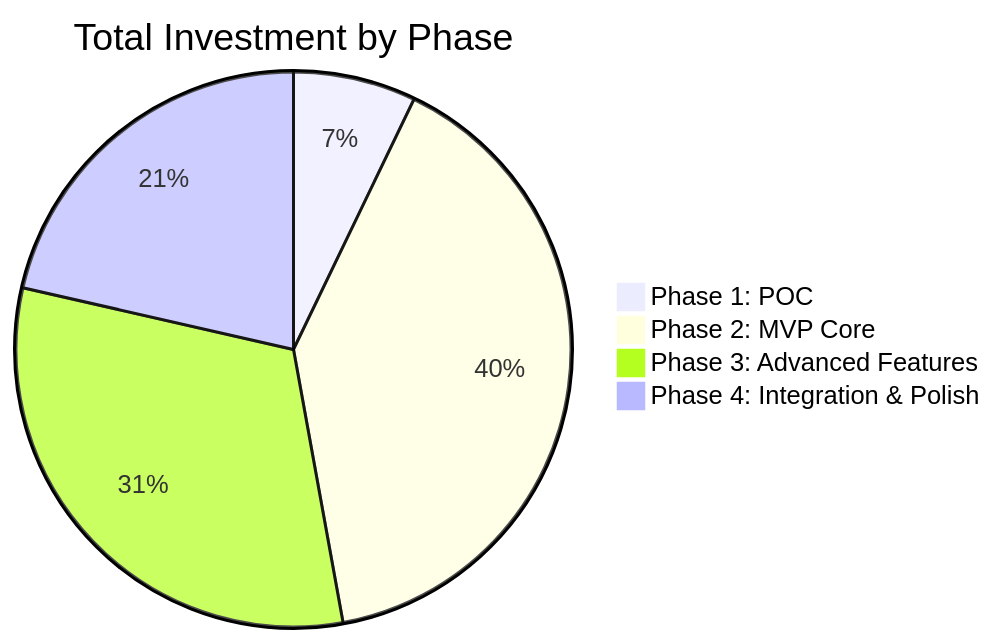
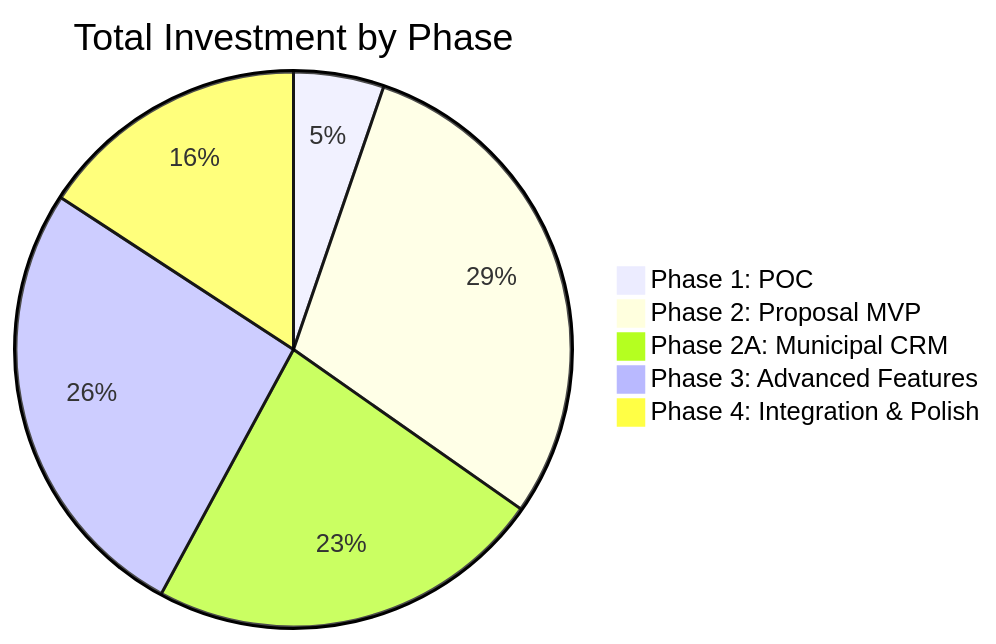
The first of 3 diagrams in Project-Cost-Estimate.md (elikiedrowski/ECI_Site_Construction), drawn with Mermaid before and after one commit. The commit also changed other lines of this file, not shown here.

Commit message:
Add Phase 2A Municipal CRM (2K) and increase Phase 3 to 5K for enhanced guard rails - Total: 5K

````diff
--- a/Project-Cost-Estimate.md
+++ b/Project-Cost-Estimate.md
@@ -30,7 +30,8 @@
 ```mermaid
 pie title Total Investment by Phase
     "Phase 1: POC" : 5000
-    "Phase 2: MVP Core" : 28000
-    "Phase 3: Advanced Features" : 22000
+    "Phase 2: Proposal MVP" : 28000
+    "Phase 2A: Municipal CRM" : 22000
+    "Phase 3: Advanced Features" : 25000
     "Phase 4: Integration & Polish" : 15000
 ```
````
